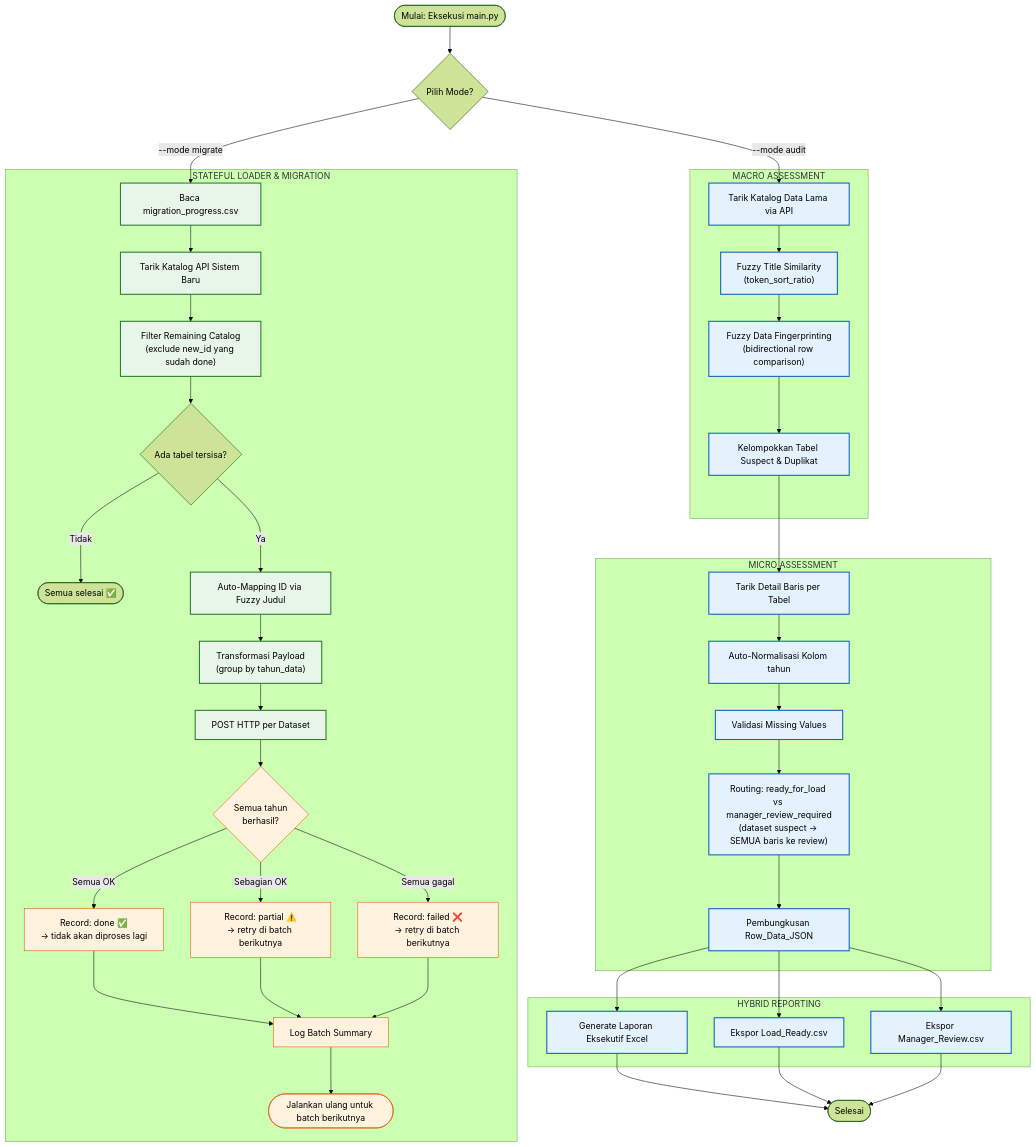
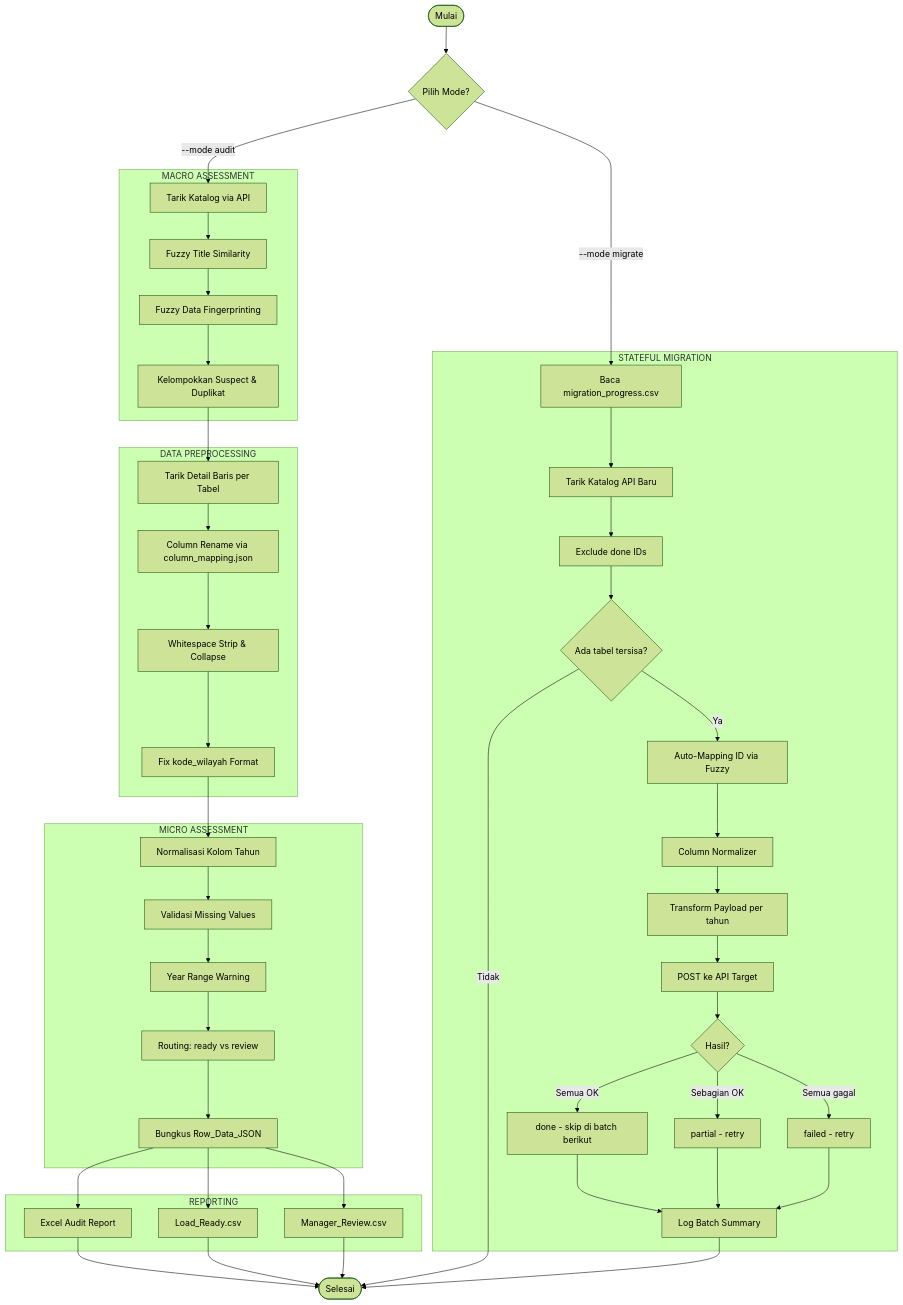
One commit to RivalMoh/ETL_System_Intern changed the diagram in README.md. Above: the diagram before and after it, drawn with Mermaid (forest theme). The commit also changed other lines of this file and 14 other files, not shown here.

Commit message:
fix bug of dirty column and normalize the row and column

````diff
--- a/README.md
+++ b/README.md
@@ -24,59 +29,61 @@
 ```mermaid
 graph TD
-    A([Mulai: Eksekusi main.py]) --> B{Pilih Mode?}
+    A([Mulai]) --> B{Pilih Mode?}
 
-    %% Mode Audit Pathway
-    B -->|--mode audit| C[Tarik Katalog Data Lama via API]
+    %% Mode Audit
+    B -->|--mode audit| C[Tarik Katalog via API]
 
-    subgraph MACRO_ASSESSMENT ["MACRO ASSESSMENT"]
-    C --> D["Fuzzy Title Similarity\n(token_sort_ratio)"]
-    D --> E["Fuzzy Data Fingerprinting\n(bidirectional row comparison)"]
-    E --> F[Kelompokkan Tabel Suspect & Duplikat]
+    subgraph MACRO ["MACRO ASSESSMENT"]
+        C --> D["Fuzzy Title Similarity"]
+        D --> E["Fuzzy Data Fingerprinting"]
+        E --> F[Kelompokkan Suspect & Duplikat]
     end
 
-    subgraph MICRO_ASSESSMENT ["MICRO ASSESSMENT"]
-    F --> G[Tarik Detail Baris per Tabel]
-    G --> H[Auto-Normalisasi Kolom tahun]
-    H --> I[Validasi Missing Values]
-    I --> J["Routing: ready_for_load vs manager_review_required\n(dataset suspect → SEMUA baris ke review)"]
-    J --> K[Pembungkusan Row_Data_JSON]
+    subgraph PREPROCESS ["DATA PREPROCESSING"]
+        F --> G[Tarik Detail Baris per Tabel]
+        G --> G1["Column Rename via column_mapping.json"]
+        G1 --> G2["Whitespace Strip & Collapse"]
+        G2 --> G3["Fix kode_wilayah Format"]
     end
 
-    subgraph REPORTING ["HYBRID REPORTING"]
-    K --> L[Generate Laporan Eksekutif Excel]
-    K --> M[Ekspor Load_Ready.csv]
-    K --> N[Ekspor Manager_Review.csv]
+    subgraph MICRO ["MICRO ASSESSMENT"]
+        G3 --> H[Normalisasi Kolom Tahun]
+        H --> I[Validasi Missing Values]
+        I --> I2["Year Range Warning"]
+        I2 --> J["Routing: ready vs review"]
+        J --> K[Bungkus Row_Data_JSON]
     end
 
-    %% Mode Migrate Pathway
+    subgraph REPORT ["REPORTING"]
+        K --> L[Excel Audit Report]
+        K --> M[Load_Ready.csv]
+        K --> N[Manager_Review.csv]
+    end
+
+    %% Mode Migrate
     B -->|--mode migrate| O[Baca migration_progress.csv]
 
-    subgraph STATEFUL_LOADER ["STATEFUL LOADER & MIGRATION"]
-    O --> P[Tarik Katalog API Sistem Baru]
-    P --> Q["Filter Remaining Catalog\n(exclude new_id yang sudah done)"]
-    Q --> R{Ada tabel tersisa?}
-    R -->|Tidak| S([Semua selesai ✅])
-    R -->|Ya| T[Auto-Mapping ID via Fuzzy Judul]
-    T --> U["Transformasi Payload\n(group by tahun_data)"]
-    U --> V[POST HTTP per Dataset]
-    V --> W{"Semua tahun\nberhasil?"}
-    W -->|Semua OK| X["Record: done ✅\n→ tidak akan diproses lagi"]
-    W -->|Sebagian OK| Y["Record: partial ⚠️\n→ retry di batch berikutnya"]
-    W -->|Semua gagal| Z2["Record: failed ❌\n→ retry di batch berikutnya"]
-    X --> AA[Log Batch Summary]
-    Y --> AA
-    Z2 --> AA
-    AA --> AB([Jalankan ulang untuk batch berikutnya])
+    subgraph MIGRATE ["STATEFUL MIGRATION"]
+        O --> P[Tarik Katalog API Baru]
+        P --> Q["Exclude done IDs"]
+        Q --> R{Ada tabel tersisa?}
+        R -->|Ya| T[Auto-Mapping ID via Fuzzy]
+        T --> T2["Column Normalizer"]
+        T2 --> U["Transform Payload per tahun"]
+        U --> V[POST ke API Target]
+        V --> W{Hasil?}
+        W -->|Semua OK| X["done - skip di batch berikut"]
+        W -->|Sebagian OK| Y["partial - retry"]
+        W -->|Semua gagal| Z2["failed - retry"]
+        X --> AA[Log Batch Summary]
+        Y --> AA
+        Z2 --> AA
     end
 
+    %% Titik Selesai (Unified Endpoints)
     L --> ZZ([Selesai])
     M --> ZZ
     N --> ZZ
-
-    classDef modeAudit fill:#e3f2fd,stroke:#1565c0,stroke-width:2px;
-    classDef modeMigrate fill:#e8f5e9,stroke:#2e7d32,stroke-width:2px;
-    classDef statusNode fill:#fff3e0,stroke:#e65100,stroke-width:1px;
-    class C,D,E,F,G,H,I,J,K,L,M,N modeAudit;
-    class O,P,Q,T,U,V modeMigrate;
-    class W,X,Y,Z2,AA,AB statusNode;
+    R -->|Tidak| ZZ
+    AA --> ZZ
 ```
````
